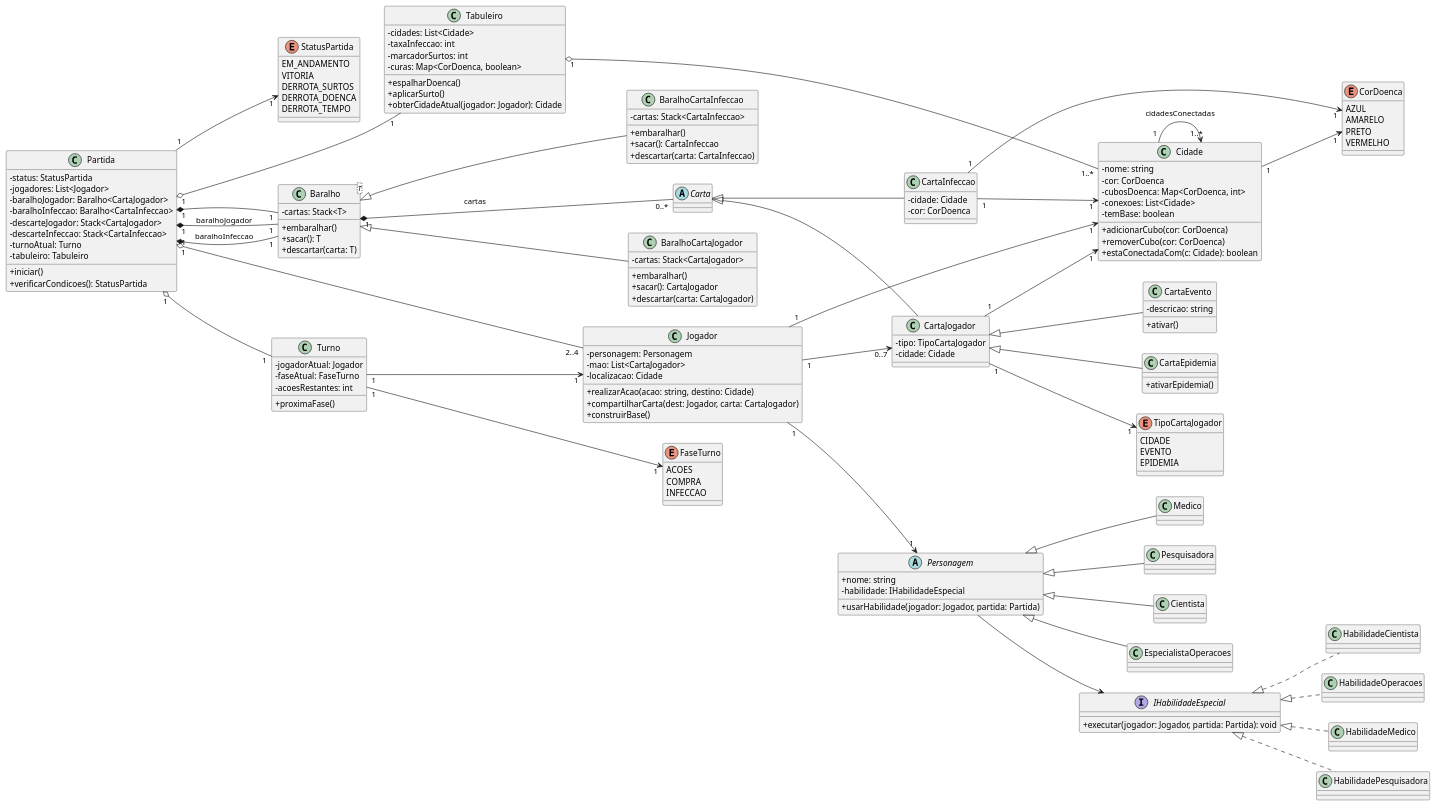
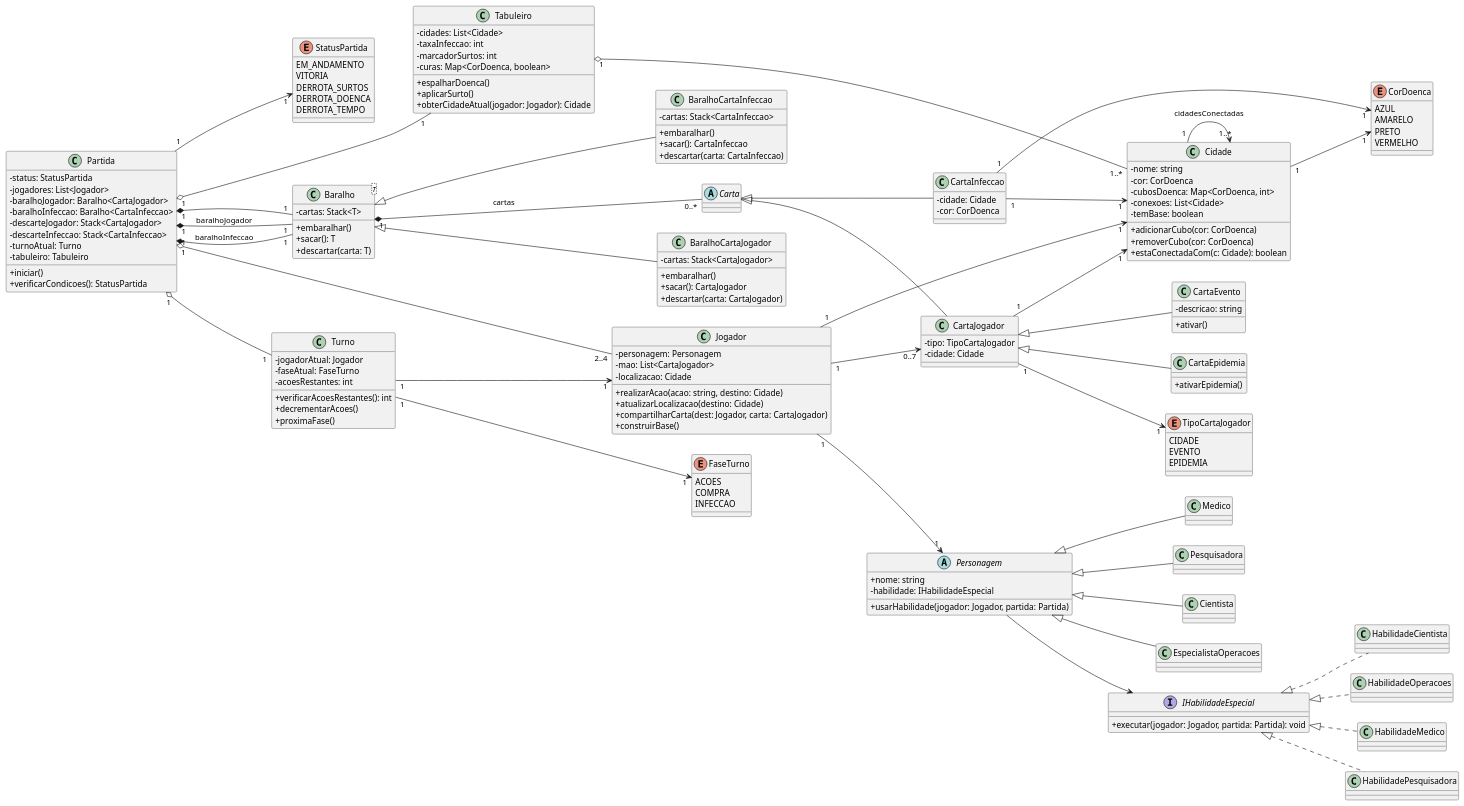
One commit to lionezajoao/trabalho-ps changed the diagram in docs/diagram/class/pandemic_class_diagram.wsd. Above: the diagram before and after it, drawn with PlantUML. The commit also changed 9 other files, not shown here.

First line of the commit message:
feat: Add sequence diagram for player card discard process

```diff
--- a/docs/diagram/class/pandemic_class_diagram.wsd
+++ b/docs/diagram/class/pandemic_class_diagram.wsd
@@ -63,6 +63,8 @@
   - jogadorAtual: Jogador
   - faseAtual: FaseTurno
   - acoesRestantes: int
+  + verificarAcoesRestantes(): int
+  + decrementarAcoes()
   + proximaFase()
 }
 
@@ -93,6 +95,7 @@
   - mao: List<CartaJogador>
   - localizacao: Cidade
   + realizarAcao(acao: string, destino: Cidade)
+  + atualizarLocalizacao(destino: Cidade)
   + compartilharCarta(dest: Jogador, carta: CartaJogador)
   + construirBase()
 }
```
